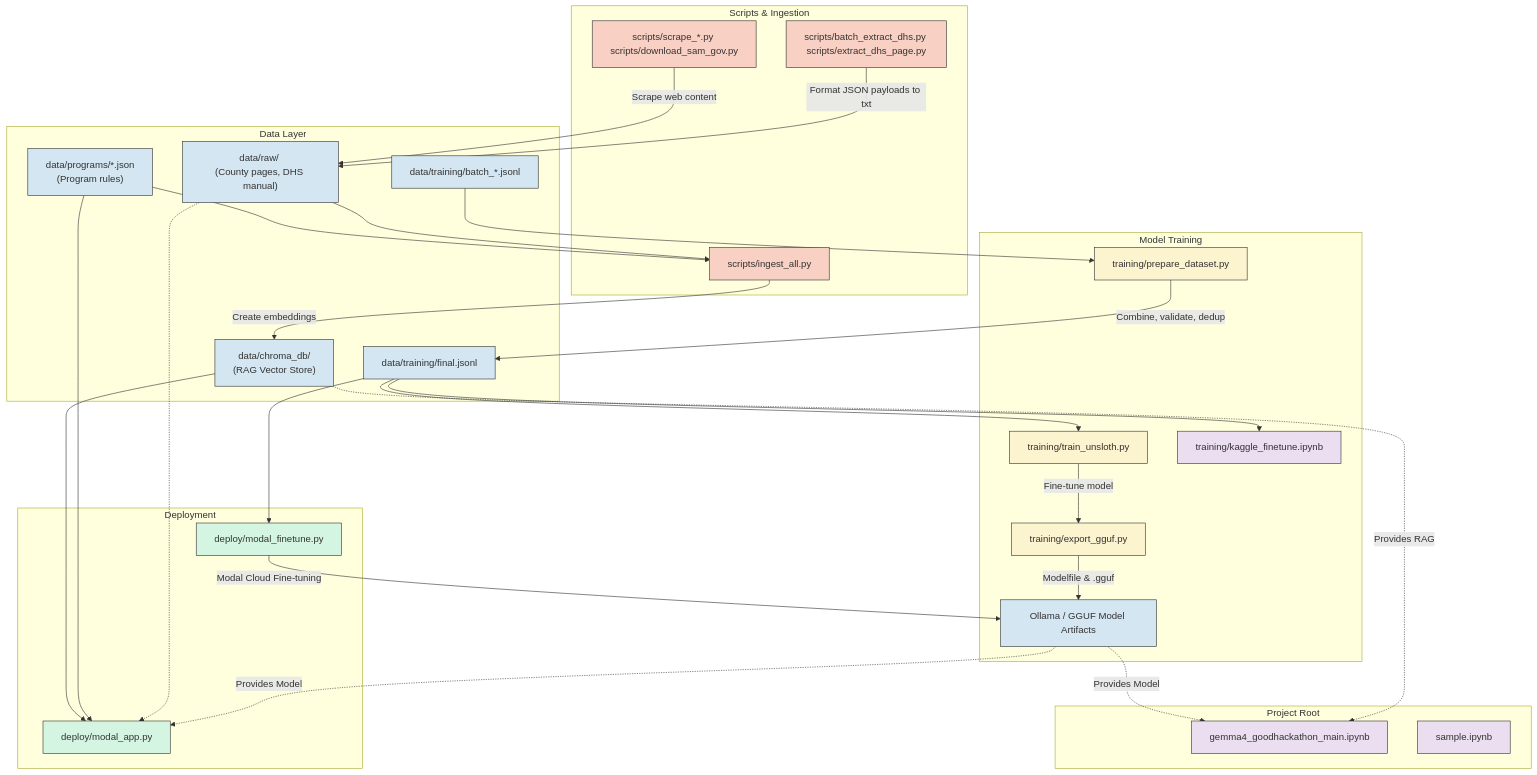
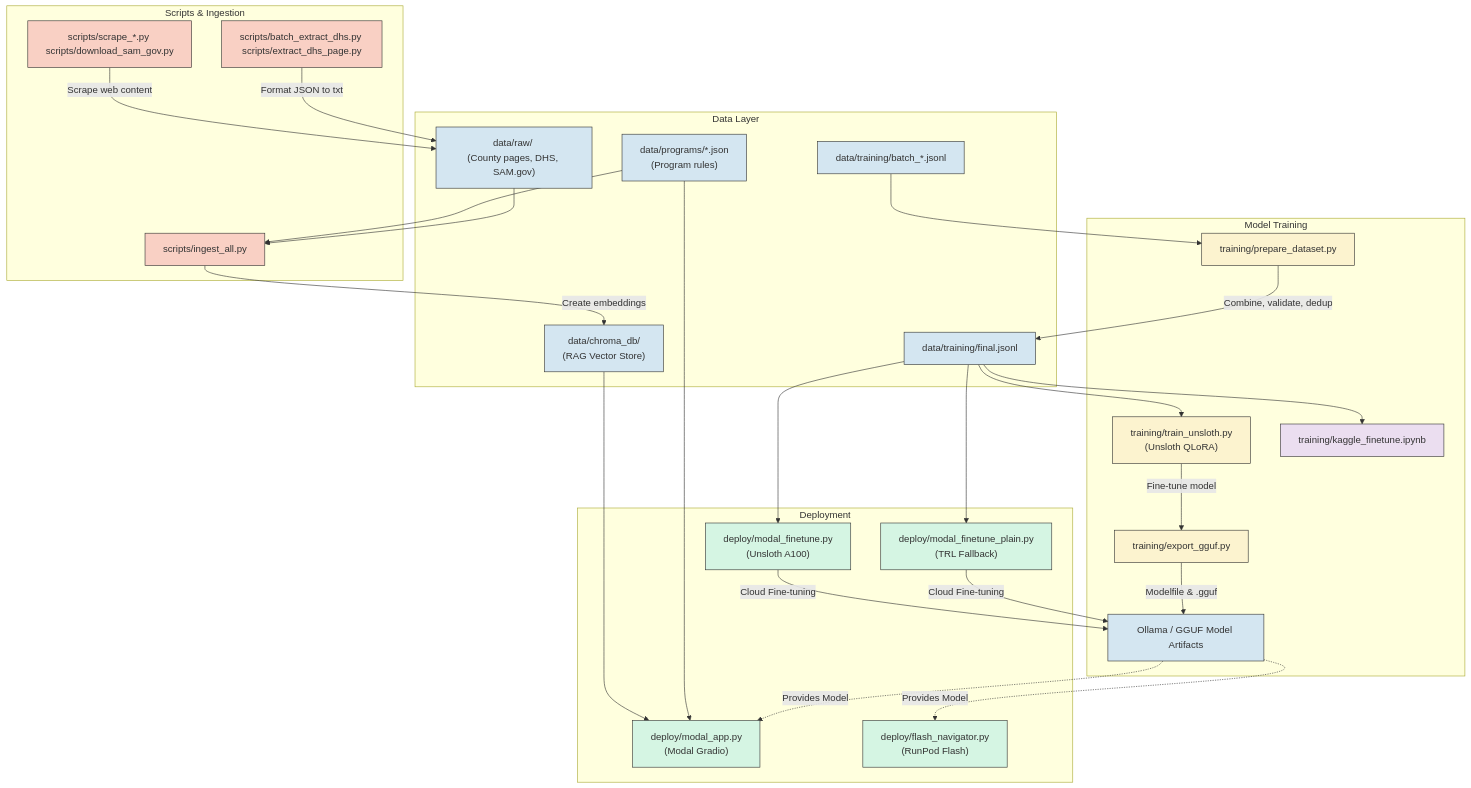
One commit to wanderduck/Gemma-4-Good-Hackathon changed the third of 3 diagrams in README.md. Above: the diagram before and after it, drawn with Mermaid. The commit also changed other lines of this file and 34 other files, not shown here.

````diff
--- a/README.md
+++ b/README.md
@@ -113,70 +184,59 @@
 ```mermaid
 graph TD
-    %% Define Styles
     classDef script fill:#f9d0c4,stroke:#333,stroke-width:1px;
     classDef data fill:#d4e6f1,stroke:#333,stroke-width:1px;
     classDef deploy fill:#d5f5e3,stroke:#333,stroke-width:1px;
     classDef train fill:#fcf3cf,stroke:#333,stroke-width:1px;
     classDef notebook fill:#ebdef0,stroke:#333,stroke-width:1px;
 
-    %% Data Directories
     subgraph Data Layer
-        D_RAW["data/raw/ <br/>(County pages, DHS manual)"]:::data
+        D_RAW["data/raw/ <br/>(County pages, DHS, SAM.gov)"]:::data
         D_PROG["data/programs/*.json <br/>(Program rules)"]:::data
         D_DB["data/chroma_db/ <br/>(RAG Vector Store)"]:::data
         D_TRN_BATCH["data/training/batch_*.jsonl"]:::data
         D_TRN_FINAL["data/training/final.jsonl"]:::data
     end
 
-    %% Scripts
     subgraph Scripts & Ingestion
         S_SCRAPE["scripts/scrape_*.py <br/>scripts/download_sam_gov.py"]:::script
         S_BATCH["scripts/batch_extract_dhs.py <br/>scripts/extract_dhs_page.py"]:::script
         S_INGEST["scripts/ingest_all.py"]:::script
         
         S_SCRAPE -->|Scrape web content| D_RAW
-        S_BATCH -->|Format JSON payloads to txt| D_RAW
+        S_BATCH -->|Format JSON to txt| D_RAW
         D_PROG --> S_INGEST
         D_RAW --> S_INGEST
         S_INGEST -->|Create embeddings| D_DB
     end
 
-    %% Training Pipeline
     subgraph Model Training
         T_PREP["training/prepare_dataset.py"]:::train
-        T_TRAIN["training/train_unsloth.py"]:::train
+        T_TRAIN["training/train_unsloth.py<br/>(Unsloth QLoRA)"]:::train
         T_EXPGGUF["training/export_gguf.py"]:::train
         T_KAGGLE["training/kaggle_finetune.ipynb"]:::notebook
         
         D_TRN_BATCH --> T_PREP
         T_PREP -->|Combine, validate, dedup| D_TRN_FINAL
         D_TRN_FINAL --> T_TRAIN
         D_TRN_FINAL --> T_KAGGLE
         T_TRAIN -->|Fine-tune model| T_EXPGGUF
         T_EXPGGUF -->|Modelfile & .gguf| M_OUT["Ollama / GGUF Model Artifacts"]:::data
     end
 
-    %% Deployment
     subgraph Deployment
-        D_MODAL_FT["deploy/modal_finetune.py"]:::deploy
-        D_MODAL_APP["deploy/modal_app.py"]:::deploy
+        D_MODAL_FT["deploy/modal_finetune.py<br/>(Unsloth A100)"]:::deploy
+        D_MODAL_FT_PLAIN["deploy/modal_finetune_plain.py<br/>(TRL Fallback)"]:::deploy
+        D_MODAL_APP["deploy/modal_app.py<br/>(Modal Gradio)"]:::deploy
+        D_FLASH["deploy/flash_navigator.py<br/>(RunPod Flash)"]:::deploy
         
         D_TRN_FINAL --> D_MODAL_FT
-        D_MODAL_FT -->|Modal Cloud Fine-tuning| M_OUT
+        D_TRN_FINAL --> D_MODAL_FT_PLAIN
+        D_MODAL_FT -->|Cloud Fine-tuning| M_OUT
+        D_MODAL_FT_PLAIN -->|Cloud Fine-tuning| M_OUT
         
         D_DB --> D_MODAL_APP
         D_PROG --> D_MODAL_APP
-        D_RAW -.-> D_MODAL_APP
+        M_OUT -.->|Provides Model| D_MODAL_APP
+        M_OUT -.->|Provides Model| D_FLASH
     end
-
-    %% Root
-    subgraph Project Root
-        R_MAIN["gemma4_goodhackathon_main.ipynb"]:::notebook
-        R_SAMP["sample.ipynb"]:::notebook
-    end
-    
-    %% Final Integration
-    M_OUT -.->|Provides Model| D_MODAL_APP
-    M_OUT -.->|Provides Model| R_MAIN
-    D_DB -.->|Provides RAG| R_MAIN
 ```
````
